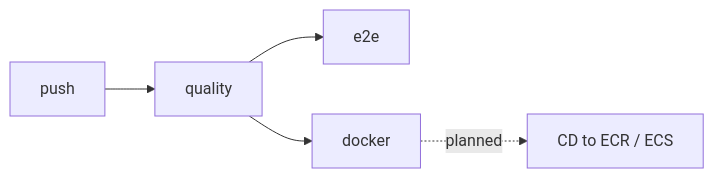
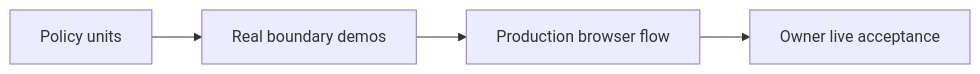
Diagram 25 of 28 in docs/handbook/app-story.md (maheshnd/minitickets), drawn with Mermaid before and after one commit. The commit also changed other lines of this file and 182 other files, not shown here.

````diff
--- a/docs/handbook/app-story.md
+++ b/docs/handbook/app-story.md
@@ -1426,7 +2158,7 @@
 ```mermaid
 flowchart LR
-    push["push"] --> q["quality"]
-    q --> e["e2e"]
-    q --> d["docker"]
-    d -.->|"planned"| cd["CD to ECR / ECS"]
+    n0["Policy units"] --> n1
+    n1["Real boundary demos"] --> n2
+    n2["Production browser flow"] --> n3
+    n3["Owner live acceptance"]
 ```
````
